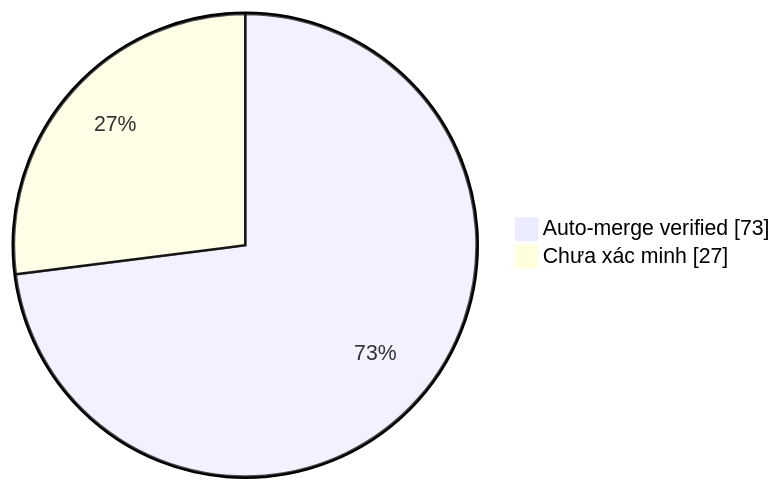
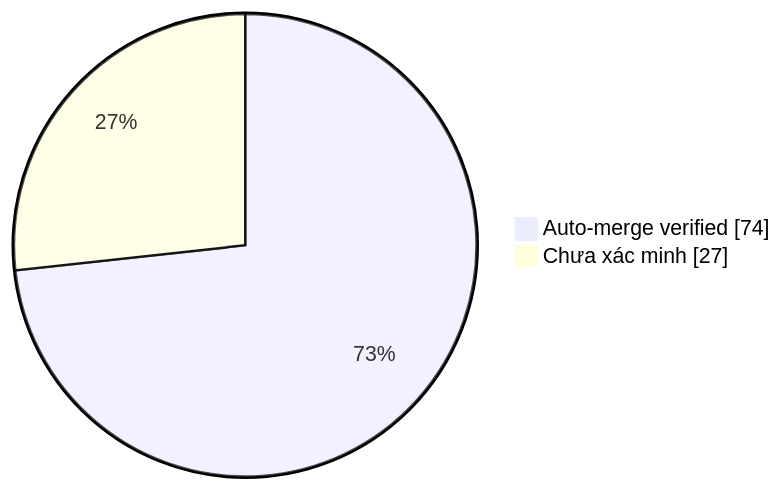
Before and after one commit to duykhang68/tetdinhmuiblog: the diagram in collector.md, drawn with Mermaid. The commit also changed other lines of this file and 1 other file, not shown here.

Commit message:
docs(collector): update auto-merge evidence dashboard

````diff
--- a/collector.md
+++ b/collector.md
@@ -22,5 +22,5 @@
 ```mermaid
 pie showData
-    "Auto-merge verified" : 73
+    "Auto-merge verified" : 74
     "Chưa xác minh" : 27
 ```
````
